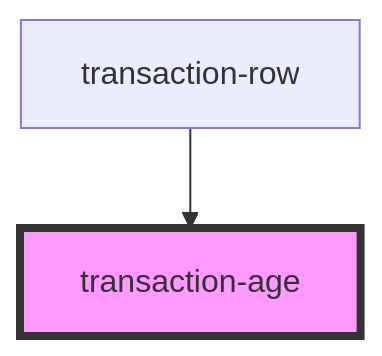
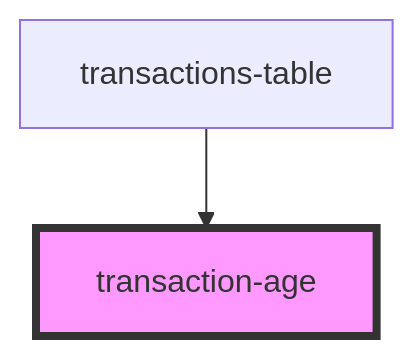
The diagram in src/components/transactions-table/components/transaction-age/readme.md (multiversx/mx-sdk-dapp-ui), drawn with Mermaid before and after one commit. The commit also changed other lines of this file and 54 other files, not shown here.

Commit message:
Added transactions table styling

````diff
--- a/src/components/transactions-table/components/transaction-age/readme.md
+++ b/src/components/transactions-table/components/transaction-age/readme.md
@@ -24,5 +24,5 @@
 ```mermaid
 graph TD;
-  transaction-row --> transaction-age
+  transactions-table --> transaction-age
   style transaction-age fill:#f9f,stroke:#333,stroke-width:4px
 ```
````
